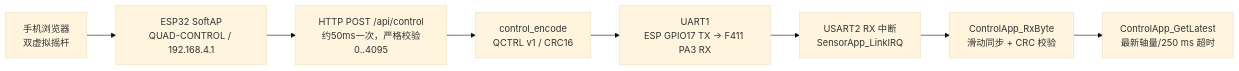
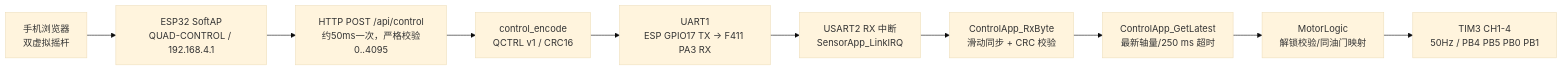
Diagram 16 of 16 in software/docs/PROGRAM_FLOW.md (Killvinrie/quad), drawn with Mermaid (base theme) before and after one commit. The commit also changed other lines of this file and 17 other files, not shown here.

````diff
--- a/software/docs/PROGRAM_FLOW.md
+++ b/software/docs/PROGRAM_FLOW.md
@@ -540,10 +540,12 @@
 ```mermaid
 flowchart LR
     A["手机浏览器<br/>双虚拟摇杆"] --> B["ESP32 SoftAP<br/>QUAD-CONTROL / 192.168.4.1"]
     B --> C["HTTP POST /api/control<br/>约50ms一次，严格校验0..4095"]
     C --> D["control_encode<br/>QCTRL v1 / CRC16"]
     D --> F["UART1<br/>ESP GPIO17 TX → F411 PA3 RX"]
     F --> G["USART2 RX 中断<br/>SensorApp_LinkIRQ"]
     G --> H["ControlApp_RxByte<br/>滑动同步 + CRC 校验"]
     H --> I["ControlApp_GetLatest<br/>最新轴量/250 ms 超时"]
+    I --> J["MotorLogic<br/>解锁校验/同油门映射"]
+    J --> K["TIM3 CH1-4<br/>50Hz / PB4 PB5 PB0 PB1"]
 ```
````
